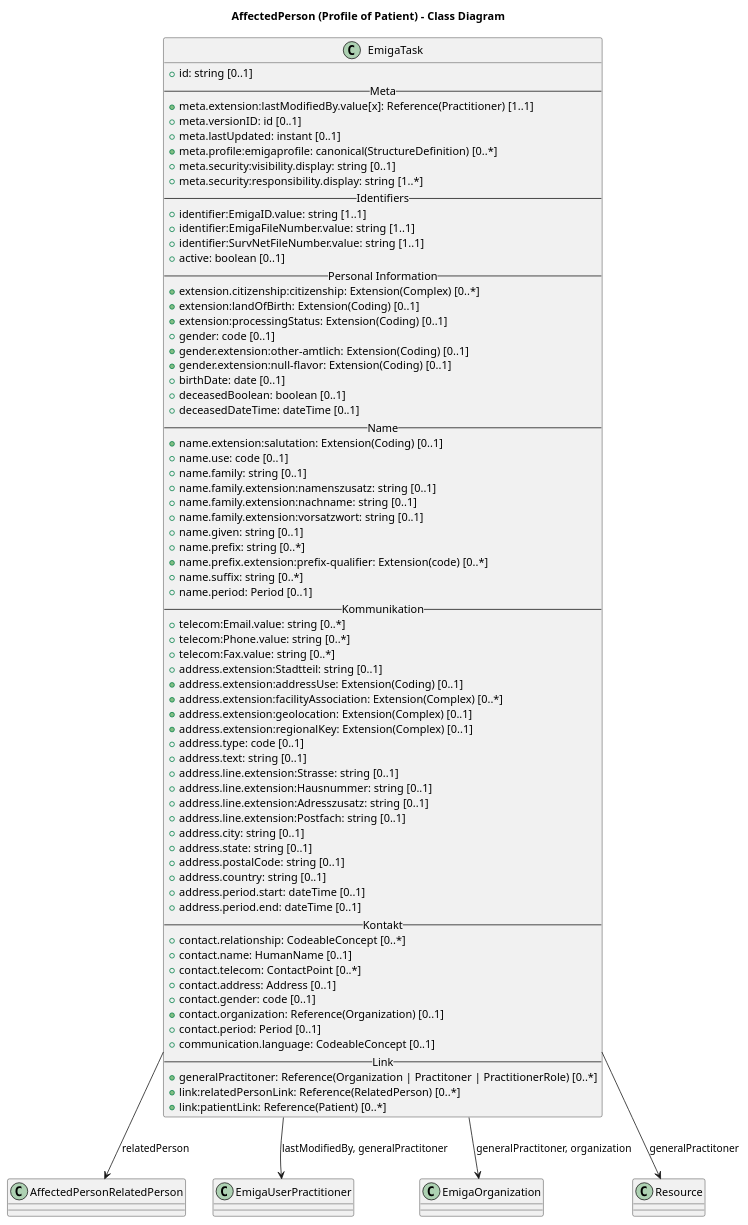
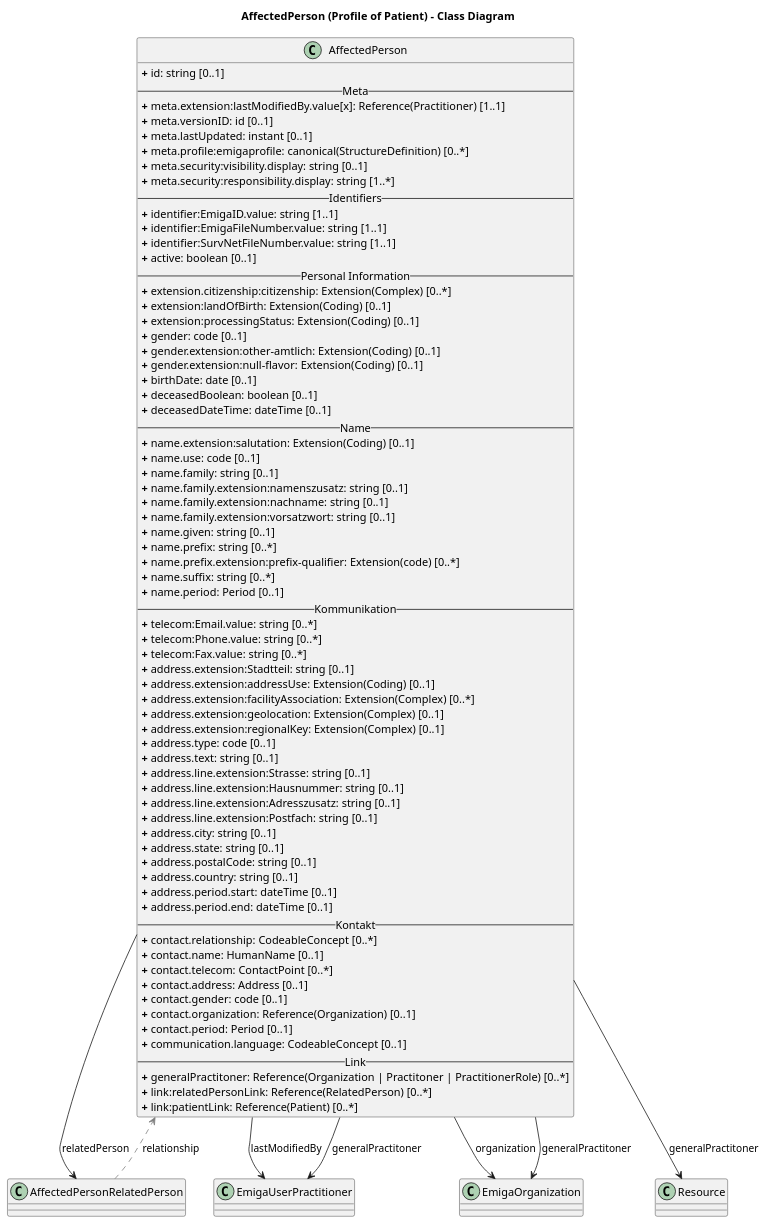
Before and after one commit to robert-koch-institut/rki.emiga.common: the diagram in PlantUML/Person.puml, drawn with PlantUML. The commit also changed 1 other file, not shown here.

Commit message:
Add and adjust  Person and PersonBundle UML

```diff
--- a/PlantUML/Person.puml
+++ b/PlantUML/Person.puml
@@ -1,96 +1,99 @@
 @startuml
 title AffectedPerson (Profile of Patient) - Class Diagram
 
 ' Main Class
-class EmigaTask {
-+ id: string [0..1]
+class AffectedPerson{
+<b>+</b> id: string [0..1]
 -- Meta --
-+ meta.extension:lastModifiedBy.value[x]: Reference(Practitioner) [1..1]
-+ meta.versionID: id [0..1] 
-+ meta.lastUpdated: instant [0..1] 
-+ meta.profile:emigaprofile: canonical(StructureDefinition) [0..*]
-+ meta.security:visibility.display: string [0..1]
-+ meta.security:responsibility.display: string [1..*]
+<b>+</b> meta.extension:lastModifiedBy.value[x]: Reference(Practitioner) [1..1]
+<b>+</b> meta.versionID: id [0..1] 
+<b>+</b> meta.lastUpdated: instant [0..1] 
+<b>+</b> meta.profile:emigaprofile: canonical(StructureDefinition) [0..*]
+<b>+</b> meta.security:visibility.display: string [0..1]
+<b>+</b> meta.security:responsibility.display: string [1..*]
 -- Identifiers --
-+ identifier:EmigaID.value: string [1..1] 
-+ identifier:EmigaFileNumber.value: string [1..1] 
-+ identifier:SurvNetFileNumber.value: string [1..1] 
-+ active: boolean [0..1]
+<b>+</b> identifier:EmigaID.value: string [1..1] 
+<b>+</b> identifier:EmigaFileNumber.value: string [1..1] 
+<b>+</b> identifier:SurvNetFileNumber.value: string [1..1] 
+<b>+</b> active: boolean [0..1]
 -- Personal Information --
-+ extension.citizenship:citizenship: Extension(Complex) [0..*]
-+ extension:landOfBirth: Extension(Coding) [0..1]
-+ extension:processingStatus: Extension(Coding) [0..1]
-+ gender: code [0..1]
-+ gender.extension:other-amtlich: Extension(Coding) [0..1]
-+ gender.extension:null-flavor: Extension(Coding) [0..1]
-+ birthDate: date [0..1]
-+ deceasedBoolean: boolean [0..1]
-+ deceasedDateTime: dateTime [0..1]
+<b>+</b> extension.citizenship:citizenship: Extension(Complex) [0..*]
+<b>+</b> extension:landOfBirth: Extension(Coding) [0..1]
+<b>+</b> extension:processingStatus: Extension(Coding) [0..1]
+<b>+</b> gender: code [0..1]
+<b>+</b> gender.extension:other-amtlich: Extension(Coding) [0..1]
+<b>+</b> gender.extension:null-flavor: Extension(Coding) [0..1]
+<b>+</b> birthDate: date [0..1]
+<b>+</b> deceasedBoolean: boolean [0..1]
+<b>+</b> deceasedDateTime: dateTime [0..1]
 -- Name --
-+ name.extension:salutation: Extension(Coding) [0..1]
-+ name.use: code [0..1]
-+ name.family: string [0..1]
-+ name.family.extension:namenszusatz: string [0..1]
-+ name.family.extension:nachname: string [0..1]
-+ name.family.extension:vorsatzwort: string [0..1]
-+ name.given: string [0..1]
-+ name.prefix: string [0..*]
-+ name.prefix.extension:prefix-qualifier: Extension(code) [0..*]
-+ name.suffix: string [0..*]
-+ name.period: Period [0..1]
+<b>+</b> name.extension:salutation: Extension(Coding) [0..1]
+<b>+</b> name.use: code [0..1]
+<b>+</b> name.family: string [0..1]
+<b>+</b> name.family.extension:namenszusatz: string [0..1]
+<b>+</b> name.family.extension:nachname: string [0..1]
+<b>+</b> name.family.extension:vorsatzwort: string [0..1]
+<b>+</b> name.given: string [0..1]
+<b>+</b> name.prefix: string [0..*]
+<b>+</b> name.prefix.extension:prefix-qualifier: Extension(code) [0..*]
+<b>+</b> name.suffix: string [0..*]
+<b>+</b> name.period: Period [0..1]
 -- Kommunikation --
-+ telecom:Email.value: string [0..*]
-+ telecom:Phone.value: string [0..*]
-+ telecom:Fax.value: string [0..*]
-+ address.extension:Stadtteil: string [0..1]
-+ address.extension:addressUse: Extension(Coding) [0..1]
-+ address.extension:facilityAssociation: Extension(Complex) [0..*]
-+ address.extension:geolocation: Extension(Complex) [0..1]
-+ address.extension:regionalKey: Extension(Complex) [0..1]
-+ address.type: code [0..1]
-+ address.text: string [0..1]
-+ address.line.extension:Strasse: string [0..1]
-+ address.line.extension:Hausnummer: string [0..1]
-+ address.line.extension:Adresszusatz: string [0..1]
-+ address.line.extension:Postfach: string [0..1]
-+ address.city: string [0..1]
-+ address.state: string [0..1]
-+ address.postalCode: string [0..1]
-+ address.country: string [0..1]
-+ address.period.start: dateTime [0..1]
-+ address.period.end: dateTime [0..1]
+<b>+</b> telecom:Email.value: string [0..*]
+<b>+</b> telecom:Phone.value: string [0..*]
+<b>+</b> telecom:Fax.value: string [0..*]
+<b>+</b> address.extension:Stadtteil: string [0..1]
+<b>+</b> address.extension:addressUse: Extension(Coding) [0..1]
+<b>+</b> address.extension:facilityAssociation: Extension(Complex) [0..*]
+<b>+</b> address.extension:geolocation: Extension(Complex) [0..1]
+<b>+</b> address.extension:regionalKey: Extension(Complex) [0..1]
+<b>+</b> address.type: code [0..1]
+<b>+</b> address.text: string [0..1]
+<b>+</b> address.line.extension:Strasse: string [0..1]
+<b>+</b> address.line.extension:Hausnummer: string [0..1]
+<b>+</b> address.line.extension:Adresszusatz: string [0..1]
+<b>+</b> address.line.extension:Postfach: string [0..1]
+<b>+</b> address.city: string [0..1]
+<b>+</b> address.state: string [0..1]
+<b>+</b> address.postalCode: string [0..1]
+<b>+</b> address.country: string [0..1]
+<b>+</b> address.period.start: dateTime [0..1]
+<b>+</b> address.period.end: dateTime [0..1]
 -- Kontakt --
-+ contact.relationship: CodeableConcept [0..*]
-+ contact.name: HumanName [0..1]
-+ contact.telecom: ContactPoint [0..*]
-+ contact.address: Address [0..1]
-+ contact.gender: code [0..1]
-+ contact.organization: Reference(Organization) [0..1]
-+ contact.period: Period [0..1]
-+ communication.language: CodeableConcept [0..1]
+<b>+</b> contact.relationship: CodeableConcept [0..*]
+<b>+</b> contact.name: HumanName [0..1]
+<b>+</b> contact.telecom: ContactPoint [0..*]
+<b>+</b> contact.address: Address [0..1]
+<b>+</b> contact.gender: code [0..1]
+<b>+</b> contact.organization: Reference(Organization) [0..1]
+<b>+</b> contact.period: Period [0..1]
+<b>+</b> communication.language: CodeableConcept [0..1]
 -- Link --
-+ generalPractitoner: Reference(Organization | Practitoner | PractitionerRole) [0..*]
-+ link:relatedPersonLink: Reference(RelatedPerson) [0..*]
-+ link:patientLink: Reference(Patient) [0..*]
+<b>+</b> generalPractitoner: Reference(Organization | Practitoner | PractitionerRole) [0..*]
+<b>+</b> link:relatedPersonLink: Reference(RelatedPerson) [0..*]
+<b>+</b> link:patientLink: Reference(Patient) [0..*]
 }
 
 ' Supporting Classes
 class AffectedPersonRelatedPerson{
 }
 
 class EmigaUserPractitioner{
 }
 
 class EmigaOrganization{  
 }
 
 class Resource{
 }
 
 ' Relationships (visual only)
-EmigaTask --> EmigaUserPractitioner: lastModifiedBy, generalPractitoner
-EmigaTask --> Resource: generalPractitoner
-EmigaTask --> EmigaOrganization: generalPractitoner, organization
-EmigaTask --> AffectedPersonRelatedPerson: relatedPerson
+AffectedPerson--> EmigaUserPractitioner: lastModifiedBy
+AffectedPerson--> EmigaUserPractitioner: generalPractitoner
+AffectedPerson--> Resource: generalPractitoner
+AffectedPerson--> EmigaOrganization: organization
+AffectedPerson--> EmigaOrganization: generalPractitoner
+AffectedPerson--> AffectedPersonRelatedPerson: relatedPerson
+AffectedPersonRelatedPerson .[#grey].> AffectedPerson: relationship
 
 @enduml
```
